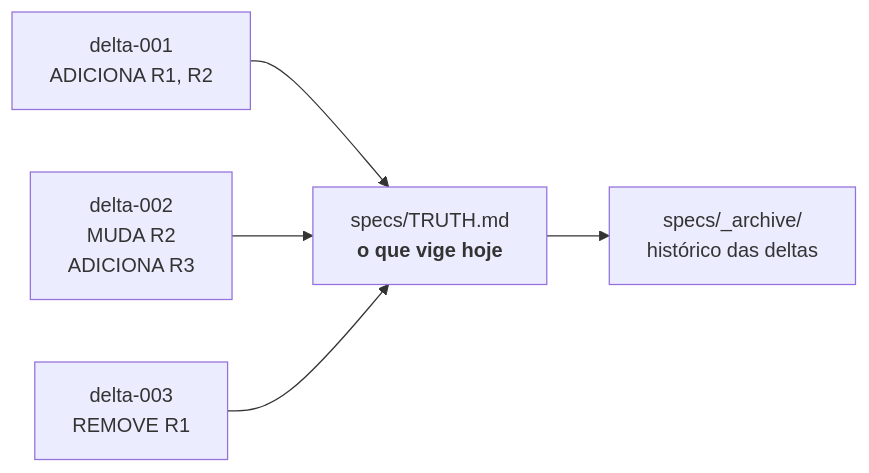
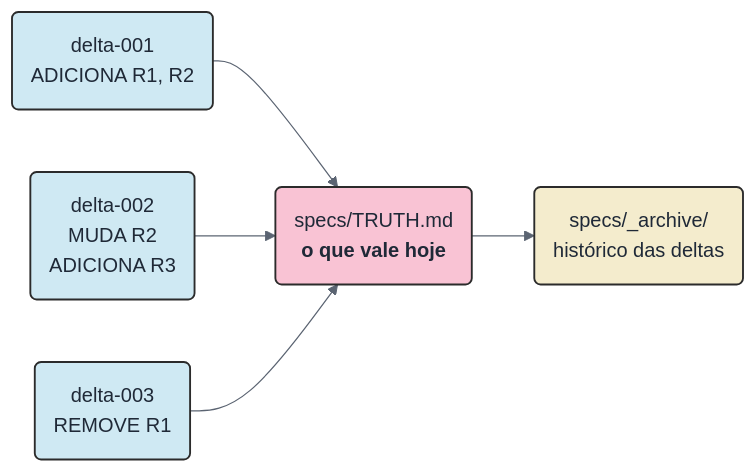
One commit to iuripereira/deltaspec changed the first of 6 diagrams in README.md. Above: the diagram before and after it, drawn with Mermaid. The commit also changed other lines of this file and 2 other files, not shown here.

````diff
--- a/README.md
+++ b/README.md
@@ -35,8 +32,16 @@
 ```mermaid
+%%{init: {'theme':'base','themeVariables':{'lineColor':'#5b6472','primaryTextColor':'#1f2937','primaryBorderColor':'#2b2b2b','edgeLabelBackground':'#ffffff'}}}%%
 flowchart LR
-    d1["delta-001<br>ADICIONA R1, R2"] --> T
-    d2["delta-002<br>MUDA R2<br>ADICIONA R3"] --> T
-    d3["delta-003<br>REMOVE R1"] --> T
-    T["specs/TRUTH.md<br><b>o que vige hoje</b>"]
-    T --> arq["specs/_archive/<br>histórico das deltas"]
+    d1("delta-001<br>ADICIONA R1, R2") --> T
+    d2("delta-002<br>MUDA R2<br>ADICIONA R3") --> T
+    d3("delta-003<br>REMOVE R1") --> T
+    T("specs/TRUTH.md<br><b>o que vale hoje</b>")
+    T --> arq("specs/_archive/<br>histórico das deltas")
+
+    classDef delta fill:#cfe9f3,stroke:#2b2b2b,stroke-width:1.5px,color:#1f2937
+    classDef verdade fill:#f9c3d4,stroke:#2b2b2b,stroke-width:1.5px,color:#1f2937
+    classDef hist fill:#f4eccd,stroke:#2b2b2b,stroke-width:1.5px,color:#1f2937
+    class d1,d2,d3 delta
+    class T verdade
+    class arq hist
 ```
````
